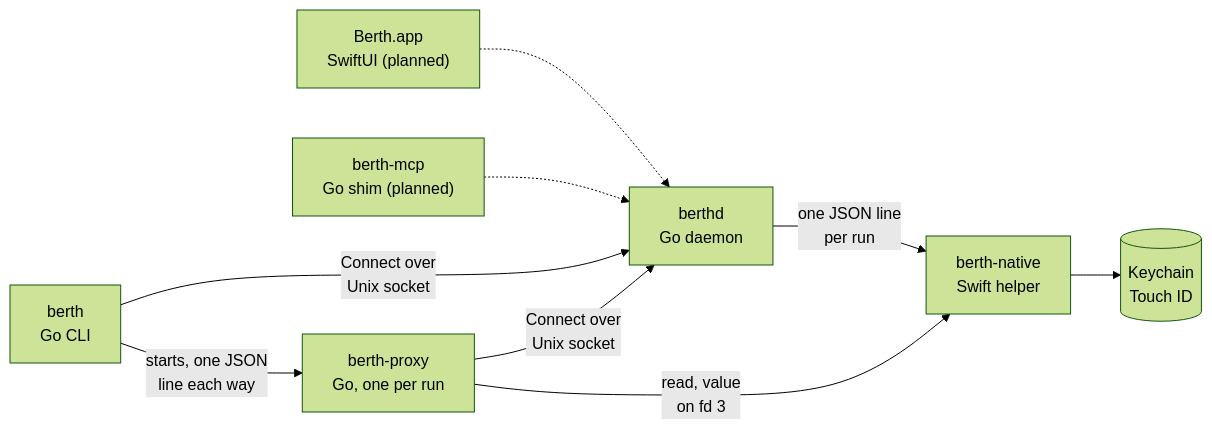
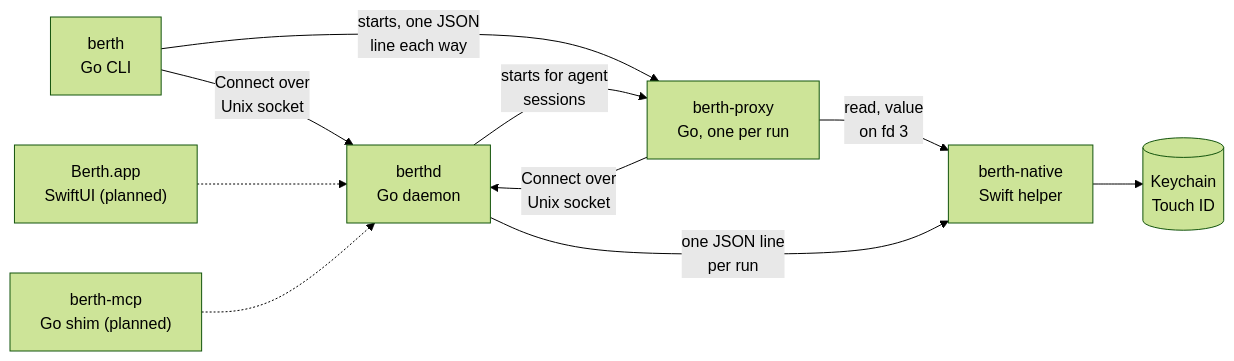
Before and after one commit to WesleyBLDC/berth: the first of 11 diagrams in ARCHITECTURE.md, drawn with Mermaid (forest theme). The commit also changed other lines of this file and 1 other file, not shown here.

Commit message:
Record E3 item 6 in the plan and the architecture

````diff
--- a/ARCHITECTURE.md
+++ b/ARCHITECTURE.md
@@ -19,18 +19,19 @@
 ```mermaid
 flowchart LR
   CLI["berth<br/>Go CLI"]
   APP["Berth.app<br/>SwiftUI (planned)"]
   MCP["berth-mcp<br/>Go shim (planned)"]
   D["berthd<br/>Go daemon"]
   P["berth-proxy<br/>Go, one per run"]
   N["berth-native<br/>Swift helper"]
   K[("Keychain<br/>Touch ID")]
   CLI -->|Connect over<br/>Unix socket| D
   CLI -->|starts, one JSON<br/>line each way| P
+  D -->|starts for agent<br/>sessions| P
   P -->|Connect over<br/>Unix socket| D
   P -->|read, value<br/>on fd 3| N
   APP -.-> D
   MCP -.-> D
   D -->|one JSON line<br/>per run| N
   N --> K
 ```
````
